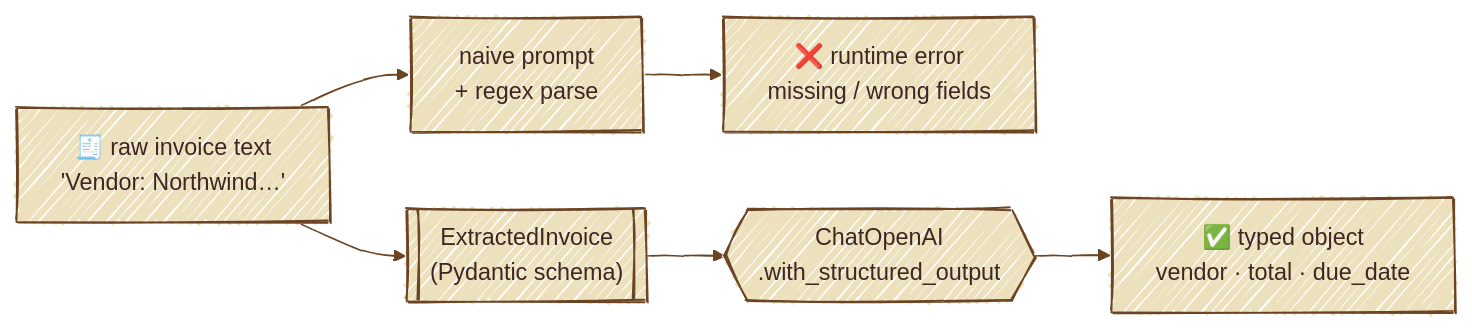
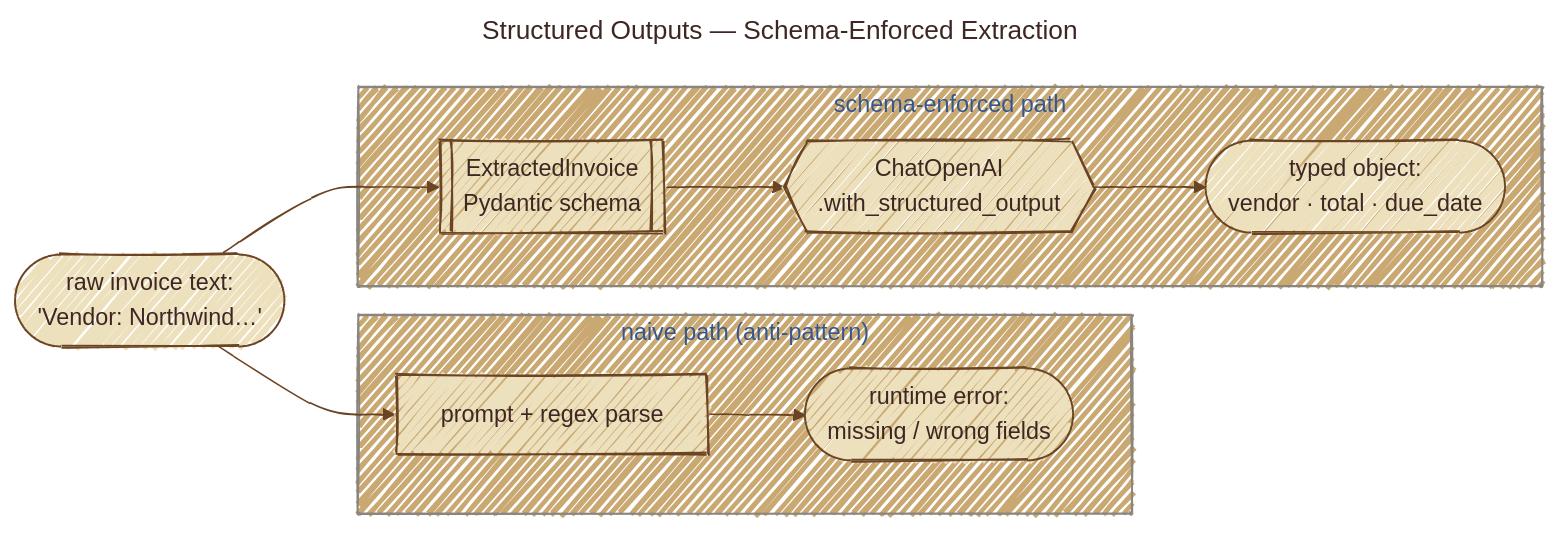
Diagram 11 of 29 in README.md (gtesei/agentic_design_patterns), drawn with Mermaid before and after one commit. The commit also changed other lines of this file, not shown here.

Commit message:
docs(1_prompt_chain): add Mermaid diagram of the spec→JSON chain

````diff
--- a/README.md
+++ b/README.md
@@ -674,12 +755,24 @@
 ```mermaid
+---
+title: Structured Outputs — Schema-Enforced Extraction
+---
 %%{init: {'look':'handDrawn','theme':'base','themeVariables':{'background':'#f5ecd9','primaryColor':'#ede0bd','primaryBorderColor':'#6b4423','primaryTextColor':'#3e2723','lineColor':'#6b4423','secondaryColor':'#d4b483','tertiaryColor':'#c9a872','fontFamily':'Caveat, Patrick Hand, cursive'}}}%%
 flowchart LR
-    Inv["🧾 raw invoice text<br/>'Vendor: Northwind…'"]
-    Naive["naive prompt<br/>+ regex parse"]
-    Fail["❌ runtime error<br/>missing / wrong fields"]
-    Schema[["ExtractedInvoice<br/>(Pydantic schema)"]]
-    LLM{{"ChatOpenAI<br/>.with_structured_output"}}
-    Valid["✅ typed object<br/>vendor · total · due_date"]
-    Inv --> Naive --> Fail
-    Inv --> Schema --> LLM --> Valid
+    Inv([raw invoice text:<br/>'Vendor: Northwind…'])
+
+    subgraph naive ["naive path (anti-pattern)"]
+        N[prompt + regex parse]
+        Fail([runtime error:<br/>missing / wrong fields])
+        N --> Fail
+    end
+
+    subgraph typed ["schema-enforced path"]
+        S[[ExtractedInvoice<br/>Pydantic schema]]
+        LLM{{ChatOpenAI<br/>.with_structured_output}}
+        Valid([typed object:<br/>vendor · total · due_date])
+        S --> LLM --> Valid
+    end
+
+    Inv --> N
+    Inv --> S
 ```
````
